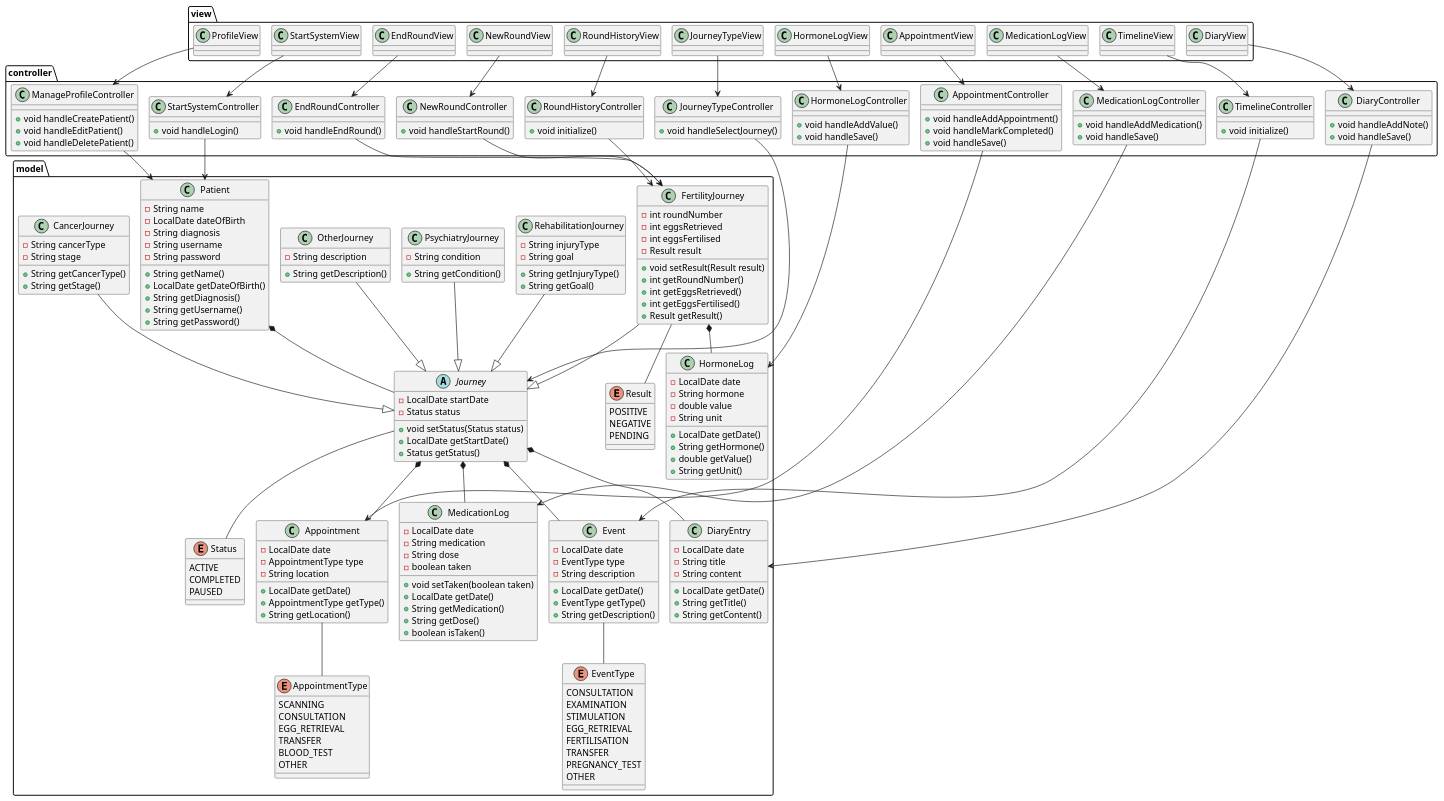
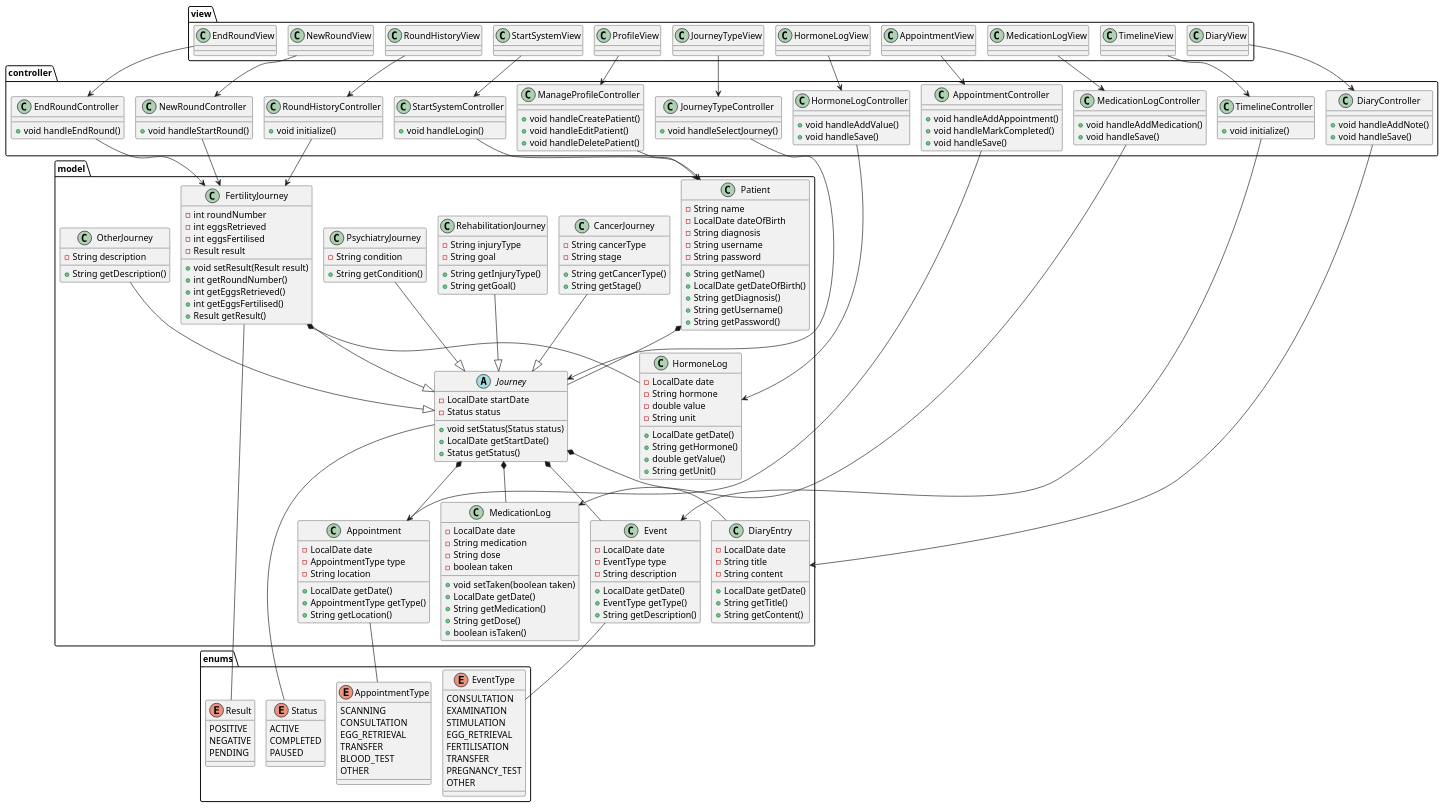
The diagram in doc/static/Klassediagram3.puml (BesimaP/SP4---MiniSP), drawn with PlantUML before and after one commit. The commit also changed 10 other files, not shown here.

```diff
--- a/doc/static/Klassediagram3.puml
+++ b/doc/static/Klassediagram3.puml
@@ -108,7 +108,9 @@
     + String getTitle()
     + String getContent()
   }
+}
 
+package "enums" {
   enum Status {
     ACTIVE
     COMPLETED
```
